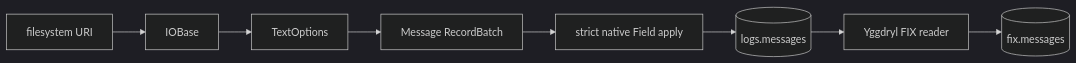
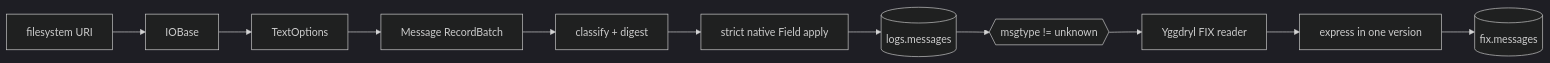
The diagram in docs/pipeline/index.md (Platob/yggfin), drawn with Mermaid (dark theme) before and after one commit. The commit also changed other lines of this file and 171 other files, not shown here.

````diff
--- a/docs/pipeline/index.md
+++ b/docs/pipeline/index.md
@@ -3,10 +3,13 @@
 ```mermaid
 flowchart LR
     U[filesystem URI] --> I[IOBase]
     I --> T[TextOptions]
     T --> M[Message RecordBatch]
-    M --> C[strict native Field apply]
+    M --> K[classify + digest]
+    K --> C[strict native Field apply]
     C --> D[(logs.messages)]
-    D --> F[Yggdryl FIX reader]
-    F --> P[(fix.messages)]
+    D --> Q{{msgtype != unknown}}
+    Q --> F[Yggdryl FIX reader]
+    F --> S[express in one version]
+    S --> P[(fix.messages)]
 ```
````
